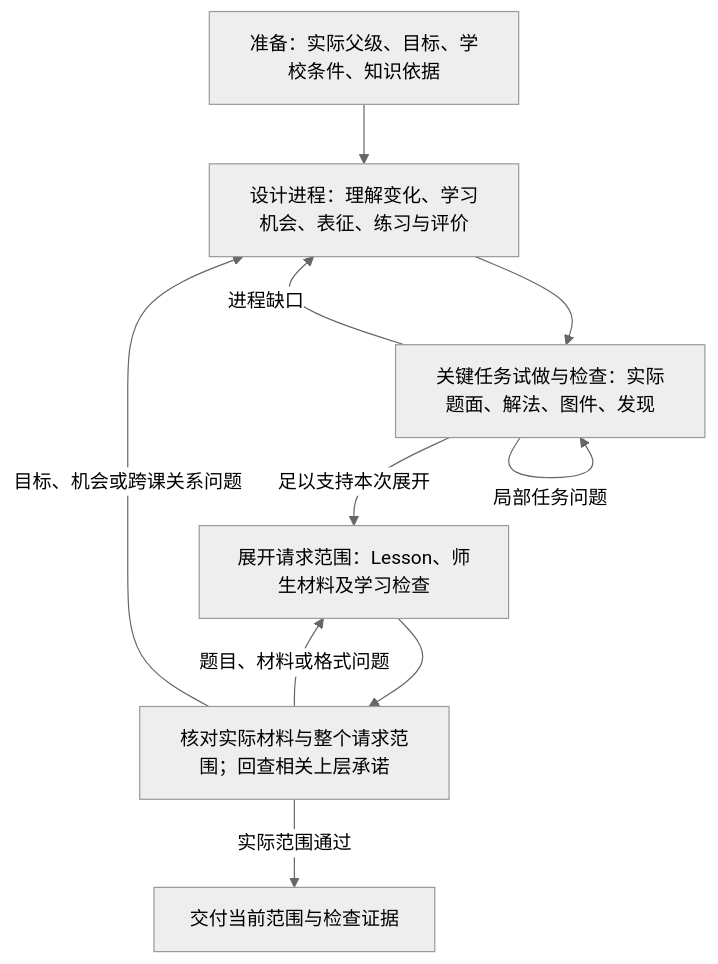
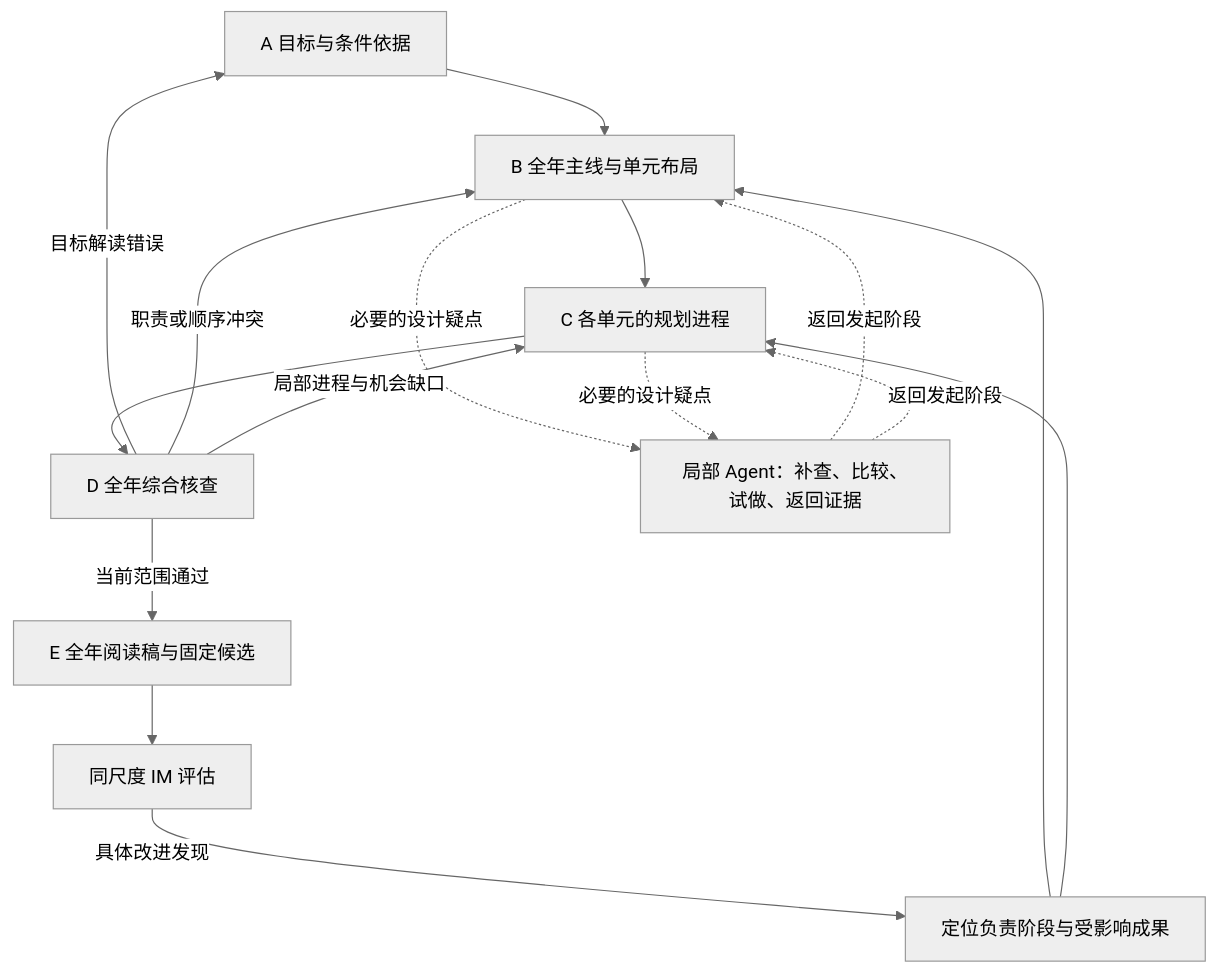
The diagram in .scratch/math-harness-delivery/curriculum-progression-workflow-design.md (morebests/k12-teaching-harness), drawn with Mermaid (neutral theme) before and after one commit. The commit also changed other lines of this file and 11 other files, not shown here.

````diff
--- a/.scratch/math-harness-delivery/curriculum-progression-workflow-design.md
+++ b/.scratch/math-harness-delivery/curriculum-progression-workflow-design.md
@@ -51,12 +48,18 @@
 ```mermaid
 flowchart TD
-    A["准备：实际父级、目标、学校条件、知识依据"] --> B["设计进程：理解变化、学习机会、表征、练习与评价"]
-    B --> C["关键任务试做与检查：实际题面、解法、图件、发现"]
-    C -->|进程缺口| B
-    C -->|局部任务问题| C
-    C -->|足以支持本次展开| D["展开请求范围：Lesson、师生材料及学习检查"]
-    D --> E["核对实际材料与整个请求范围；回查相关上层承诺"]
-    E -->|题目、材料或格式问题| D
-    E -->|目标、机会或跨课关系问题| B
-    E -->|实际范围通过| F["交付当前范围与检查证据"]
+    A["A 目标与条件依据"] --> B["B 全年主线与单元布局"]
+    B --> C["C 各单元的规划进程"]
+    C --> D["D 全年综合核查"]
+    D -->|目标解读错误| A
+    D -->|职责或顺序冲突| B
+    D -->|局部进程与机会缺口| C
+    D -->|当前范围通过| E["E 全年阅读稿与固定候选"]
+    E --> F["同尺度 IM 评估"]
+    F -->|具体改进发现| R["定位负责阶段与受影响成果"]
+    R --> B
+    R --> C
+    B -.必要的设计疑点.-> Q["局部 Agent：补查、比较、试做、返回证据"]
+    C -.必要的设计疑点.-> Q
+    Q -.返回发起阶段.-> B
+    Q -.返回发起阶段.-> C
 ```
````
